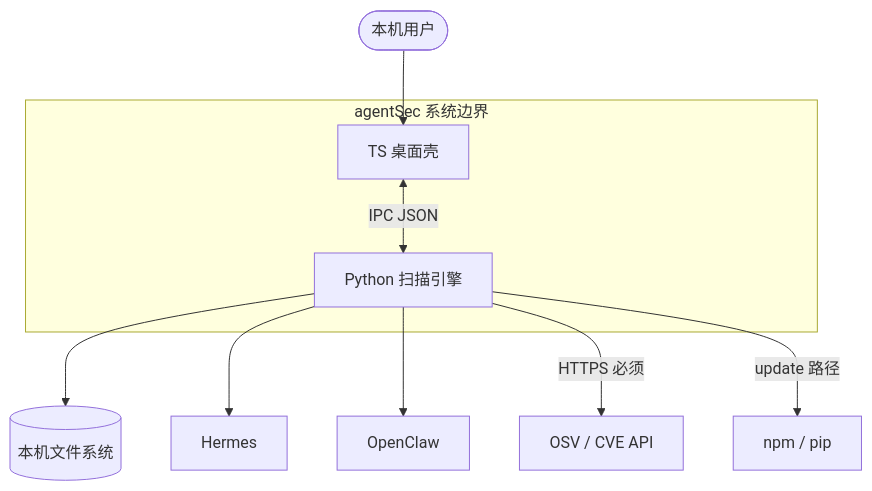
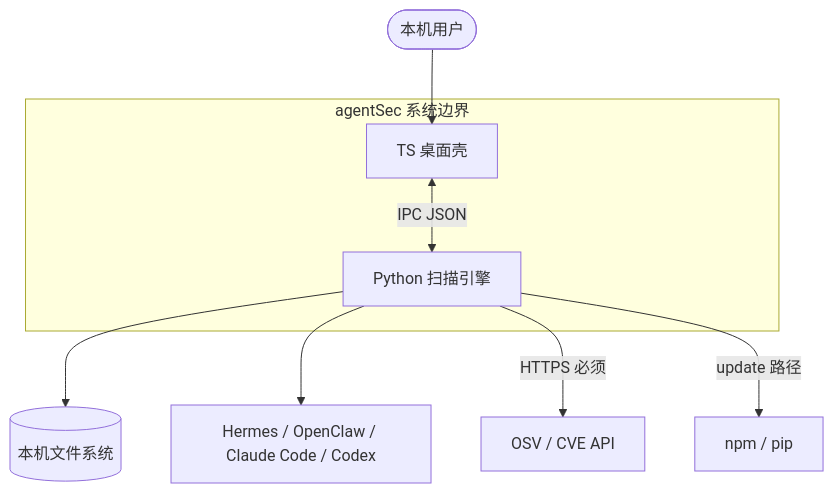
The first of 5 diagrams in docs/architecture/architecture.md (ChuhC/AgentSec), drawn with Mermaid before and after one commit. The commit also changed other lines of this file and 61 other files, not shown here.

````diff
--- a/docs/architecture/architecture.md
+++ b/docs/architecture/architecture.md
@@ -71,21 +71,19 @@
 ```mermaid
 flowchart TB
   User([本机用户])
   subgraph agentSec["agentSec 系统边界"]
     UI[TS 桌面壳]
     Engine[Python 扫描引擎]
     UI <-->|IPC JSON| Engine
   end
   FS[(本机文件系统)]
-  Hermes[Hermes]
-  OpenClaw[OpenClaw]
+  Agents[Hermes / OpenClaw / Claude Code / Codex]
   OSV[OSV / CVE API]
   NPM[npm / pip]
 
   User --> UI
   Engine --> FS
-  Engine --> Hermes
-  Engine --> OpenClaw
+  Engine --> Agents
   Engine -->|HTTPS 必须| OSV
   Engine -->|update 路径| NPM
 ```
````
